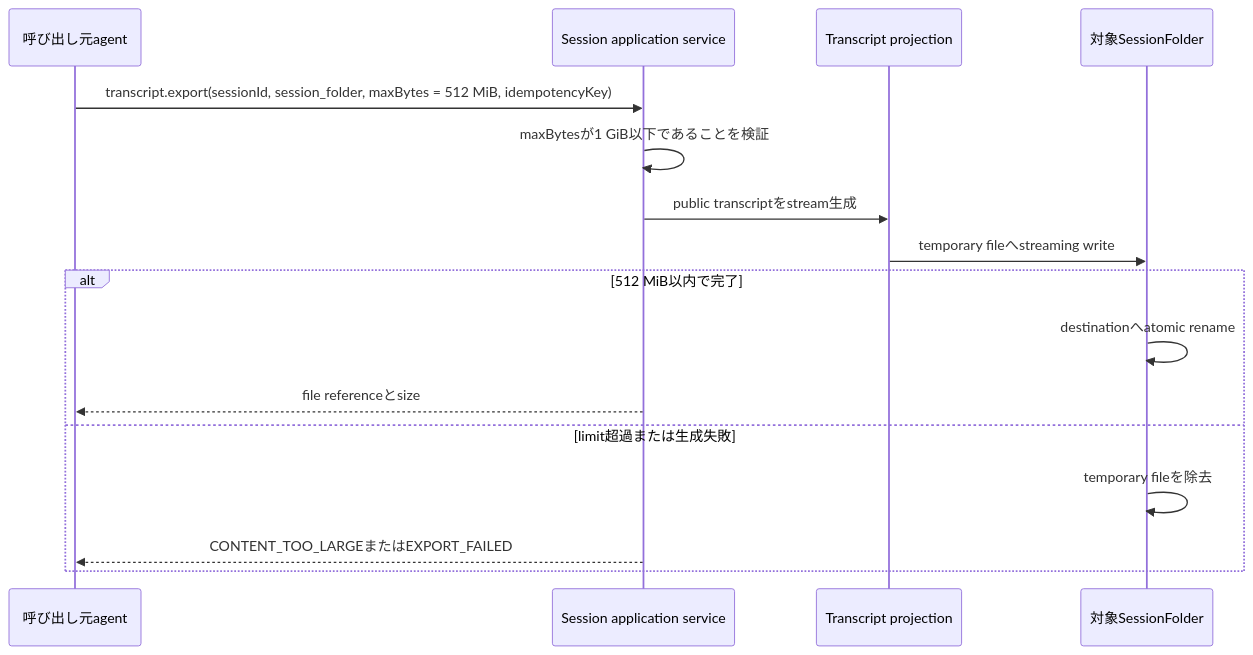
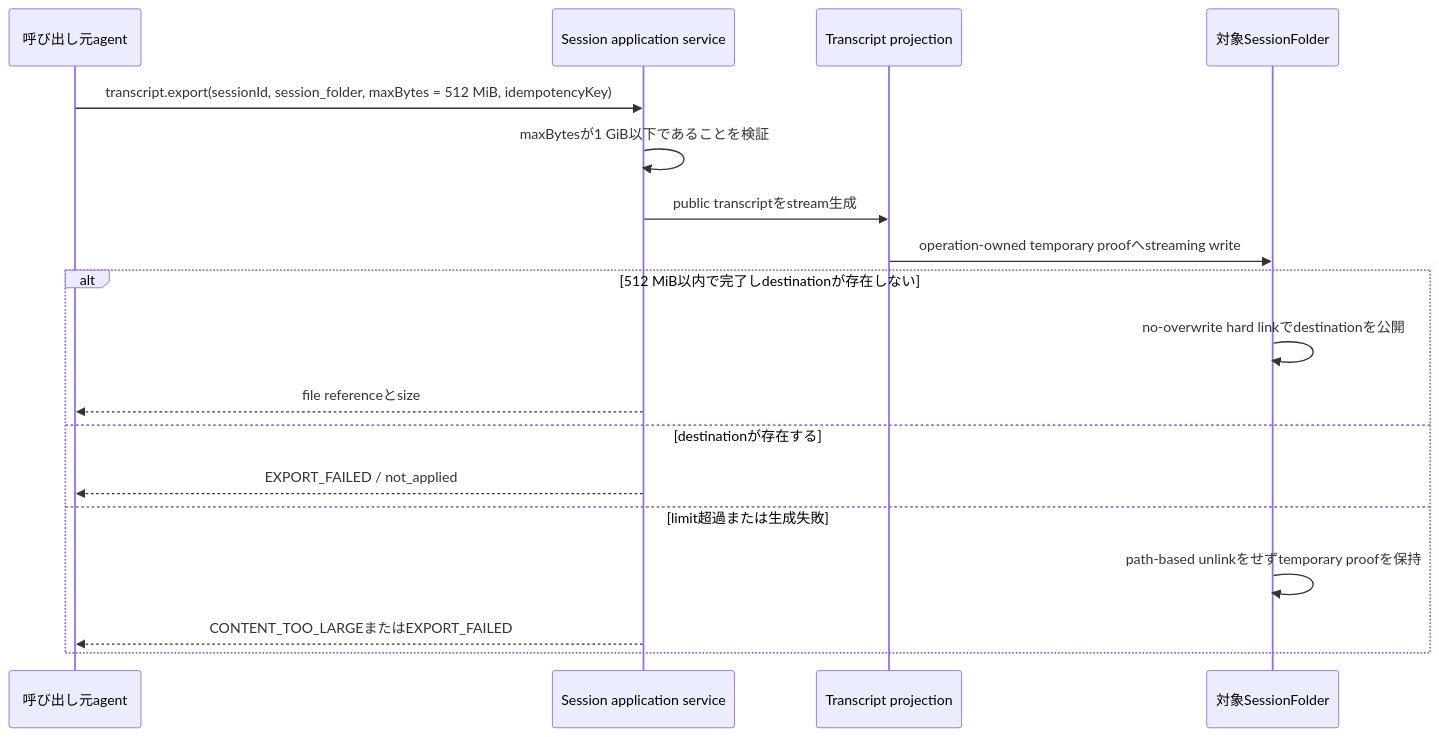
One commit to natumekazuki/WithMate changed the tenth of 10 diagrams in docs/design/session-external-runtime.md. Above: the diagram before and after it, drawn with Mermaid. The commit also changed other lines of this file and 47 other files, not shown here.

````diff
--- a/docs/design/session-external-runtime.md
+++ b/docs/design/session-external-runtime.md
@@ -428,19 +428,21 @@
 ```mermaid
 sequenceDiagram
     participant Caller as 呼び出し元agent
     participant App as Session application service
     participant Projection as Transcript projection
     participant Folder as 対象SessionFolder
 
     Caller->>App: transcript.export(sessionId, session_folder, maxBytes = 512 MiB, idempotencyKey)
     App->>App: maxBytesが1 GiB以下であることを検証
     App->>Projection: public transcriptをstream生成
-    Projection->>Folder: temporary fileへstreaming write
-    alt 512 MiB以内で完了
-        Folder->>Folder: destinationへatomic rename
+    Projection->>Folder: operation-owned temporary proofへstreaming write
+    alt 512 MiB以内で完了しdestinationが存在しない
+        Folder->>Folder: no-overwrite hard linkでdestinationを公開
         App-->>Caller: file referenceとsize
+    else destinationが存在する
+        App-->>Caller: EXPORT_FAILED / not_applied
     else limit超過または生成失敗
-        Folder->>Folder: temporary fileを除去
+        Folder->>Folder: path-based unlinkをせずtemporary proofを保持
         App-->>Caller: CONTENT_TOO_LARGEまたはEXPORT_FAILED
     end
 ```
````
